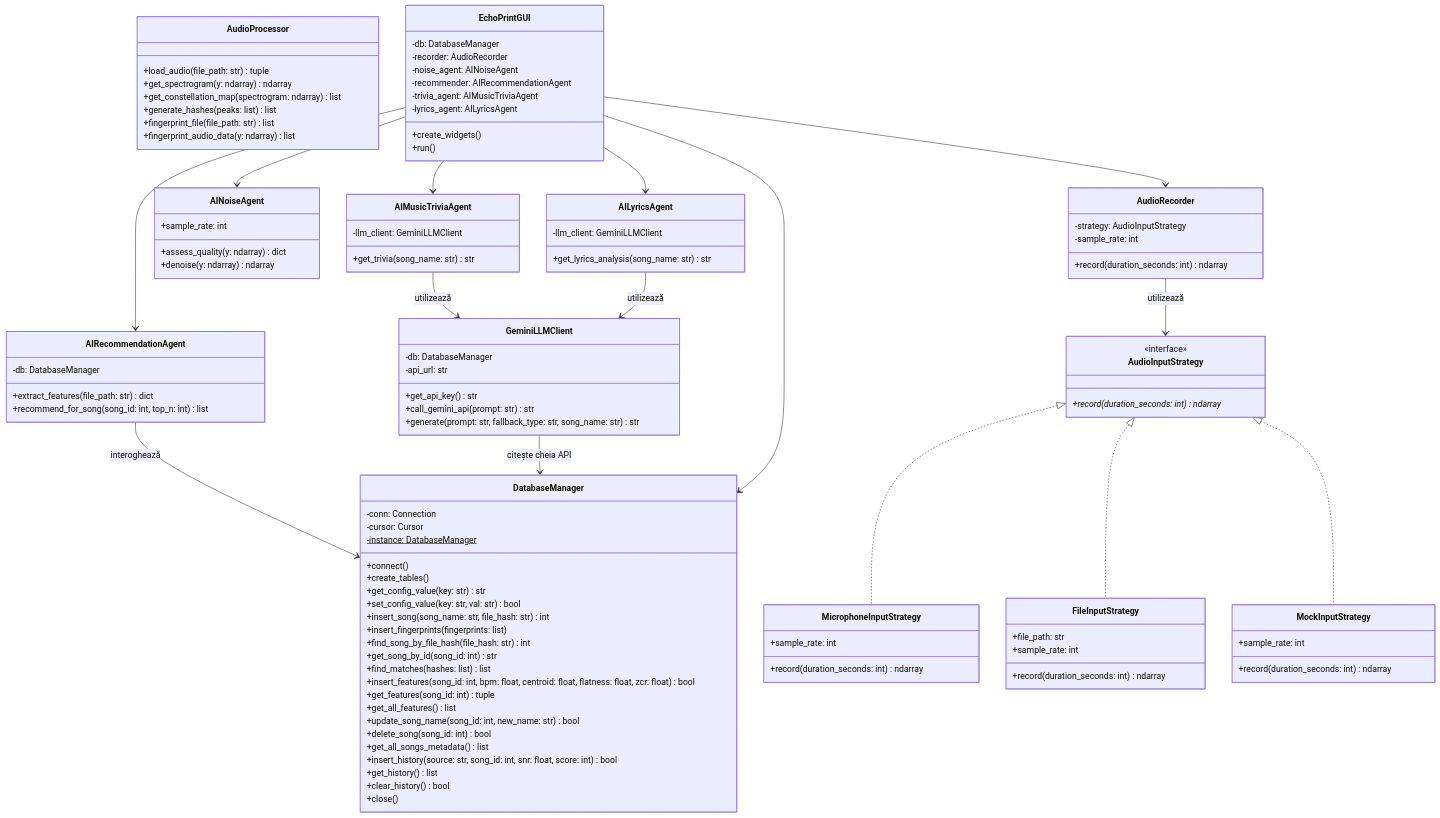
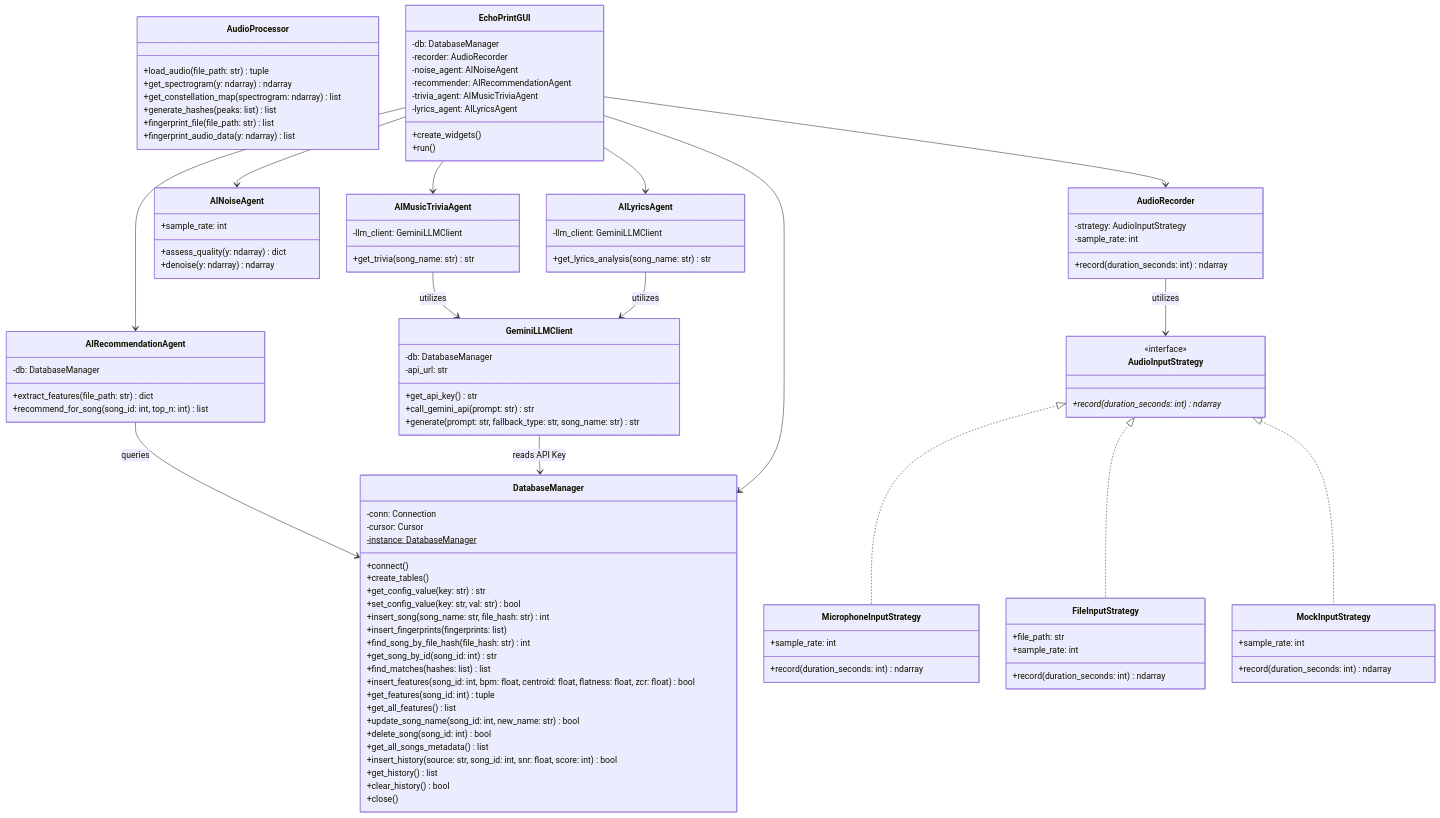
One commit to vladenachescu/EchoPrint changed the diagram in README.md. Above: the diagram before and after it, drawn with Mermaid. The commit also changed other lines of this file, not shown here.

```diff
--- a/README.md
+++ b/README.md
@@ -109,7 +109,7 @@
         -sample_rate: int
         +record(duration_seconds: int) ndarray
     }
-    AudioRecorder --> AudioInputStrategy : utilizează
+    AudioRecorder --> AudioInputStrategy : utilizes
     
     class DatabaseManager {
         -conn: Connection
@@ -156,7 +156,7 @@
         +extract_features(file_path: str) dict
         +recommend_for_song(song_id: int, top_n: int) list
     }
-    AIRecommendationAgent --> DatabaseManager : interoghează
+    AIRecommendationAgent --> DatabaseManager : queries
     
     class GeminiLLMClient {
         -db: DatabaseManager
@@ -165,19 +165,19 @@
         +call_gemini_api(prompt: str) str
         +generate(prompt: str, fallback_type: str, song_name: str) str
     }
-    GeminiLLMClient --> DatabaseManager : citește cheia API
+    GeminiLLMClient --> DatabaseManager : reads API Key
     
     class AIMusicTriviaAgent {
         -llm_client: GeminiLLMClient
         +get_trivia(song_name: str) str
     }
-    AIMusicTriviaAgent --> GeminiLLMClient : utilizează
+    AIMusicTriviaAgent --> GeminiLLMClient : utilizes
     
     class AILyricsAgent {
         -llm_client: GeminiLLMClient
         +get_lyrics_analysis(song_name: str) str
     }
-    AILyricsAgent --> GeminiLLMClient : utilizează
+    AILyricsAgent --> GeminiLLMClient : utilizes
     
     class EchoPrintGUI {
         -db: DatabaseManager
```
